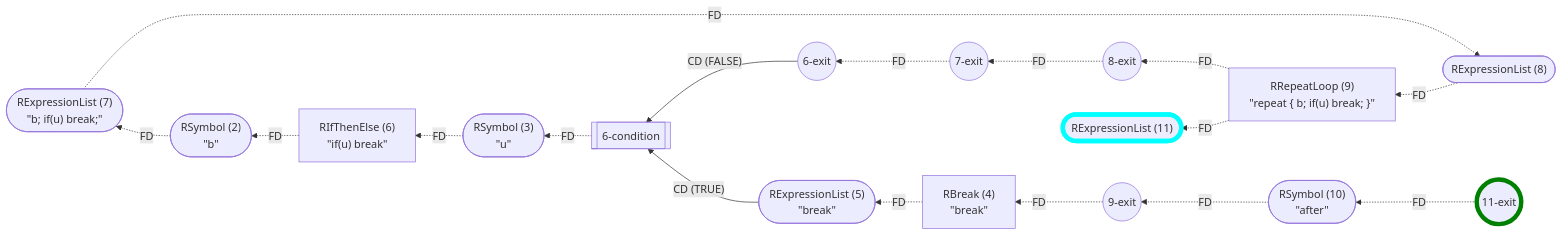
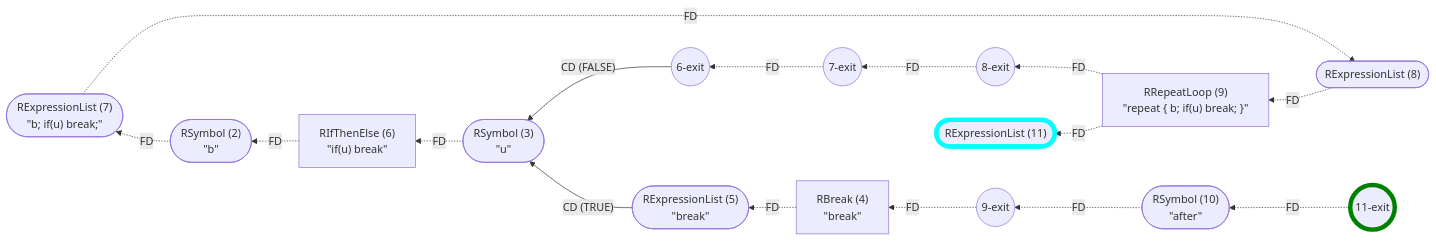
One commit to flowr-analysis/flowr changed diagram 11 of 23 in wiki/Control Flow Graph.md. Above: the diagram before and after it, drawn with Mermaid. The commit also changed other lines of this file and 2 other files, not shown here.

````diff
--- a/wiki/Control Flow Graph.md
+++ b/wiki/Control Flow Graph.md
@@ -1131,44 +1115,42 @@
 ```mermaid
 flowchart RL
     n11(["`RExpressionList (11)`"])
     n8(["`RExpressionList (8)`"])
     n7(["`RExpressionList (7)
 #34;b; if(u) break;#34;`"])
     n2(["`RSymbol (2)
 #34;b#34;`"])
     n6["`RIfThenElse (6)
 #34;if(u) break#34;`"]
-    n6-condition[[6-condition]]
     n6-exit((6-exit))
     n3(["`RSymbol (3)
 #34;u#34;`"])
     n5(["`RExpressionList (5)
 #34;break#34;`"])
     n4["`RBreak (4)
 #34;break#34;`"]
     n7-exit((7-exit))
     n8-exit((8-exit))
     n9["`RRepeatLoop (9)
 #34;repeat #123; b; if(u) break; #125;#34;`"]
     n9-exit((9-exit))
     n10(["`RSymbol (10)
 #34;after#34;`"])
     n11-exit((11-exit))
     n9 -.->|"FD"| n11
     n9 -.->|"FD"| n8-exit
     n7 -.->|"FD"| n8
     n2 -.->|"FD"| n7
     n6 -.->|"FD"| n2
     n4 -.->|"FD"| n5
-    n6-condition -.->|"FD"| n3
-    n5 -->|"CD (TRUE)"| n6-condition
+    n5 -->|"CD (TRUE)"| n3
     n3 -.->|"FD"| n6
-    n6-exit -->|"CD (FALSE)"| n6-condition
+    n6-exit -->|"CD (FALSE)"| n3
     n7-exit -.->|"FD"| n6-exit
     n8-exit -.->|"FD"| n7-exit
     n8 -.->|"FD"| n9
     n9-exit -.->|"FD"| n4
     n10 -.->|"FD"| n9-exit
     n11-exit -.->|"FD"| n10
     style n11 stroke:cyan,stroke-width:6.5px;    style n11-exit stroke:green,stroke-width:6.5px;
 ```
````
